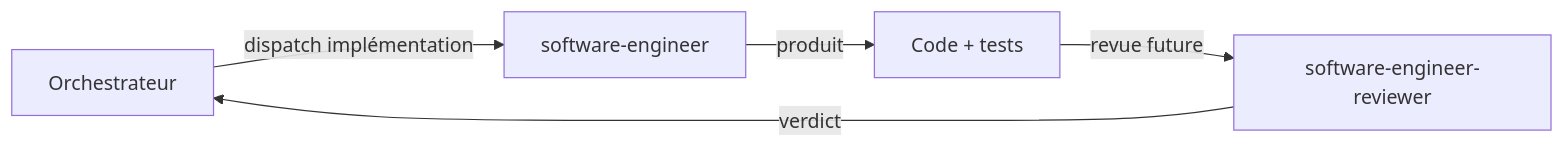
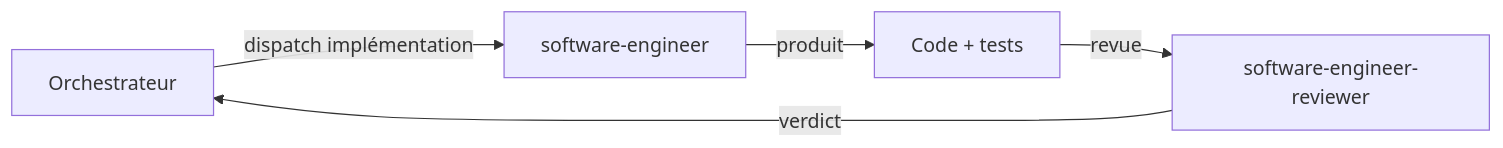
One commit to SebastienDegodez/skraft-plugin changed the diagram in docs/agent-software-engineer-and-reviewer.md. Above: the diagram before and after it, drawn with Mermaid. The commit also changed other lines of this file and 3 other files, not shown here.

````diff
--- a/docs/agent-software-engineer-and-reviewer.md
+++ b/docs/agent-software-engineer-and-reviewer.md
@@ -30,7 +26,7 @@
 ```mermaid
 flowchart LR
     O[Orchestrateur] -->|dispatch implémentation| ENG[software-engineer]
     ENG -->|produit| CODE[Code + tests]
-    CODE -->|revue future| REV[software-engineer-reviewer]
+    CODE -->|revue| REV[software-engineer-reviewer]
     REV -->|verdict| O
 ```
````
